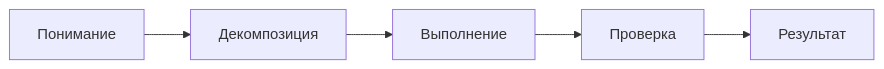
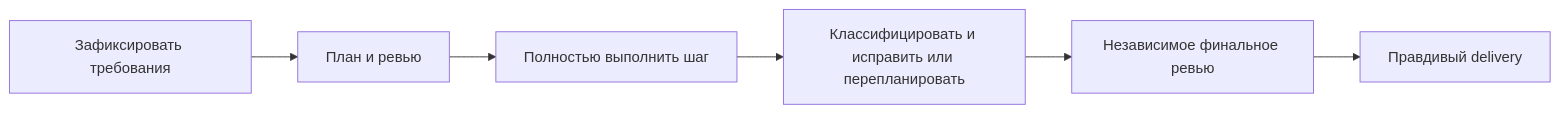
Before and after one commit to moira-mcp/moira: the fourth of 13 diagrams in packages/docs/src/content/docs/ru/docs/reference/workflow-templates.mdx, drawn with Mermaid. The commit also changed other lines of this file and 12 other files, not shown here.

````diff
--- a/packages/docs/src/content/docs/ru/docs/reference/workflow-templates.mdx
+++ b/packages/docs/src/content/docs/ru/docs/reference/workflow-templates.mdx
@@ -117,4 +117,4 @@
 ```mermaid
 flowchart LR
-    A[Понимание] --> B[Декомпозиция] --> C[Выполнение] --> D[Проверка] --> E[Результат]
+    A[Зафиксировать требования] --> B[План и ревью] --> C[Полностью выполнить шаг] --> D[Классифицировать и исправить или перепланировать] --> E[Независимое финальное ревью] --> F[Правдивый delivery]
 ```
````
